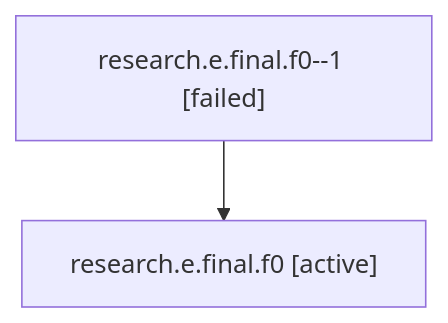
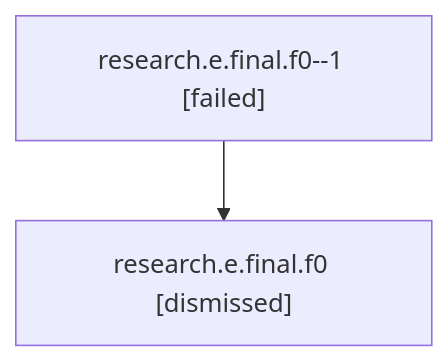
The diagram in sessions/bbugyi200.athena.research.e.final.f0.md (sase-org/sase--agents), drawn with Mermaid before and after one commit. The commit also changed other lines of this file and 1355 other files, not shown here.

````diff
--- a/sessions/bbugyi200.athena.research.e.final.f0.md
+++ b/sessions/bbugyi200.athena.research.e.final.f0.md
@@ -9,6 +9,6 @@
 ```mermaid
 flowchart TD
   n0["research.e.final.f0--1 [failed]"]
-  n1["research.e.final.f0 [active]"]
+  n1["research.e.final.f0 [dismissed]"]
   n0 --> n1
 ```
````
